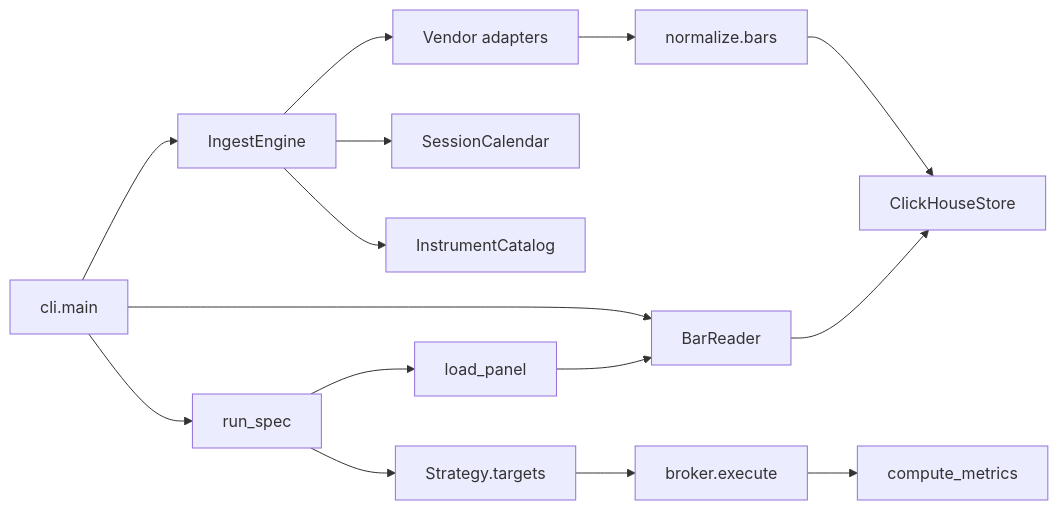
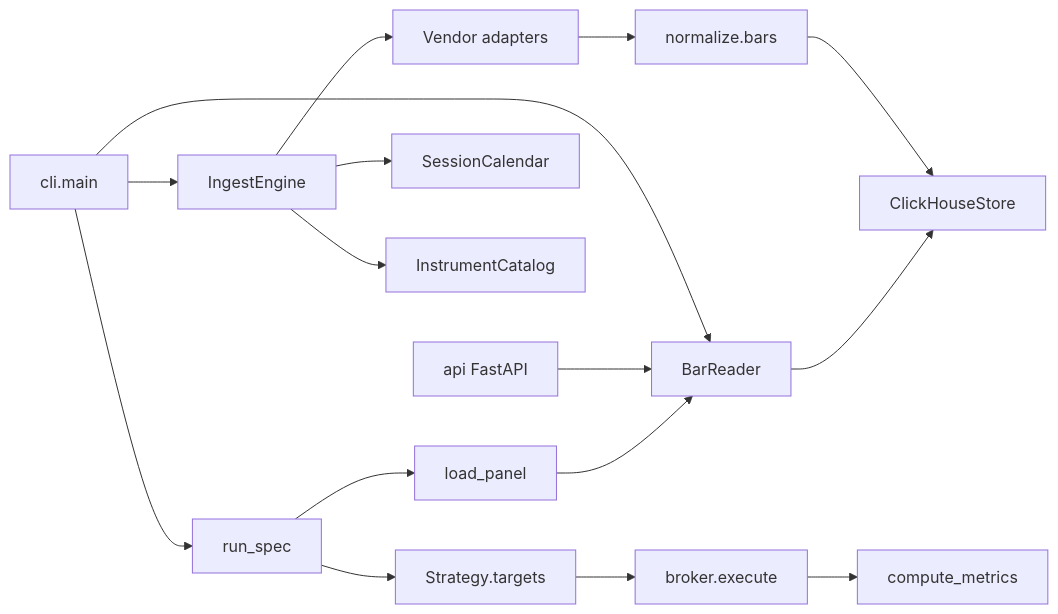
Before and after one commit to shanejms2/backtester: the diagram in docs/ARCHITECTURE.md, drawn with Mermaid. The commit also changed other lines of this file and 18 other files, not shown here.

````diff
--- a/docs/ARCHITECTURE.md
+++ b/docs/ARCHITECTURE.md
@@ -7,17 +7,18 @@
 ```mermaid
 flowchart LR
   CLI["cli.main"] --> Ingest["IngestEngine"]
   CLI --> Reader["BarReader"]
   CLI --> Strat["run_spec"]
+  API["api FastAPI"] --> Reader
   Ingest --> Adapters["Vendor adapters"]
   Adapters --> Norm["normalize.bars"]
   Norm --> Store["ClickHouseStore"]
   Ingest --> Cal["SessionCalendar"]
   Ingest --> Cat["InstrumentCatalog"]
   Strat --> Panel["load_panel"]
   Panel --> Reader
   Reader --> Store
   Strat --> Plugins["Strategy.targets"]
   Plugins --> Broker["broker.execute"]
   Broker --> Metrics["compute_metrics"]
 ```
````
